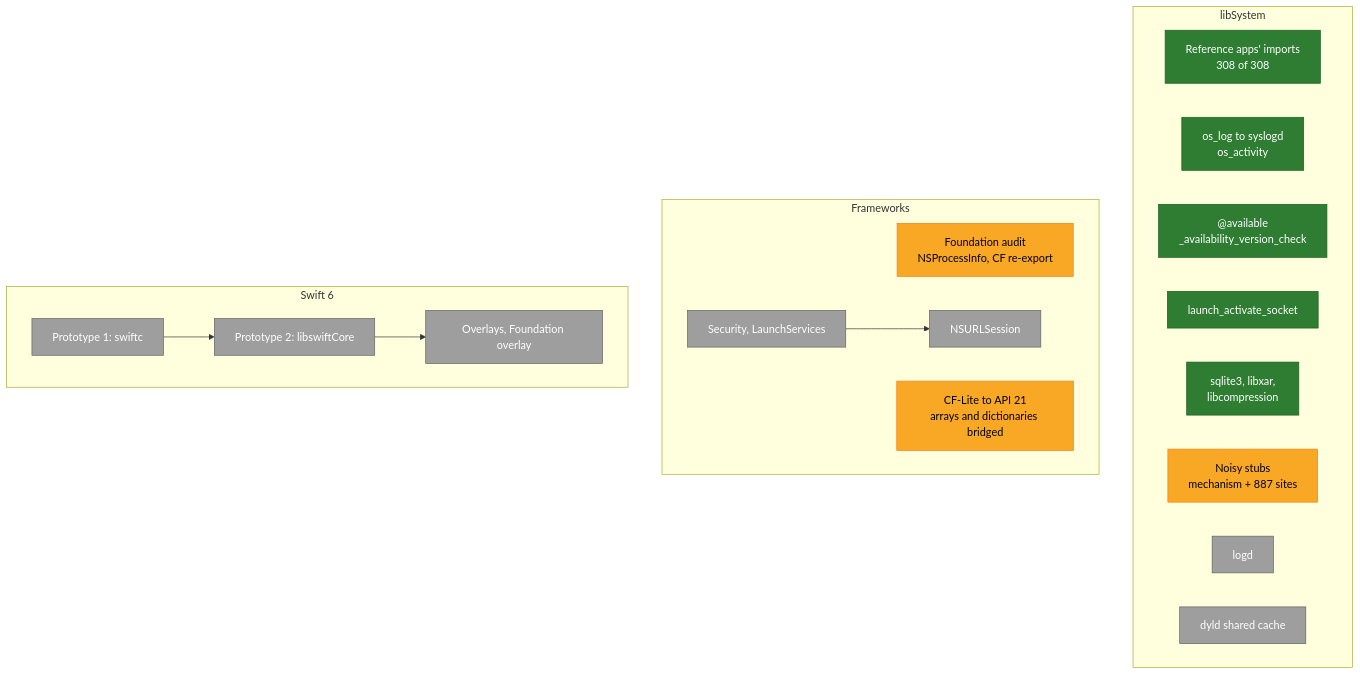
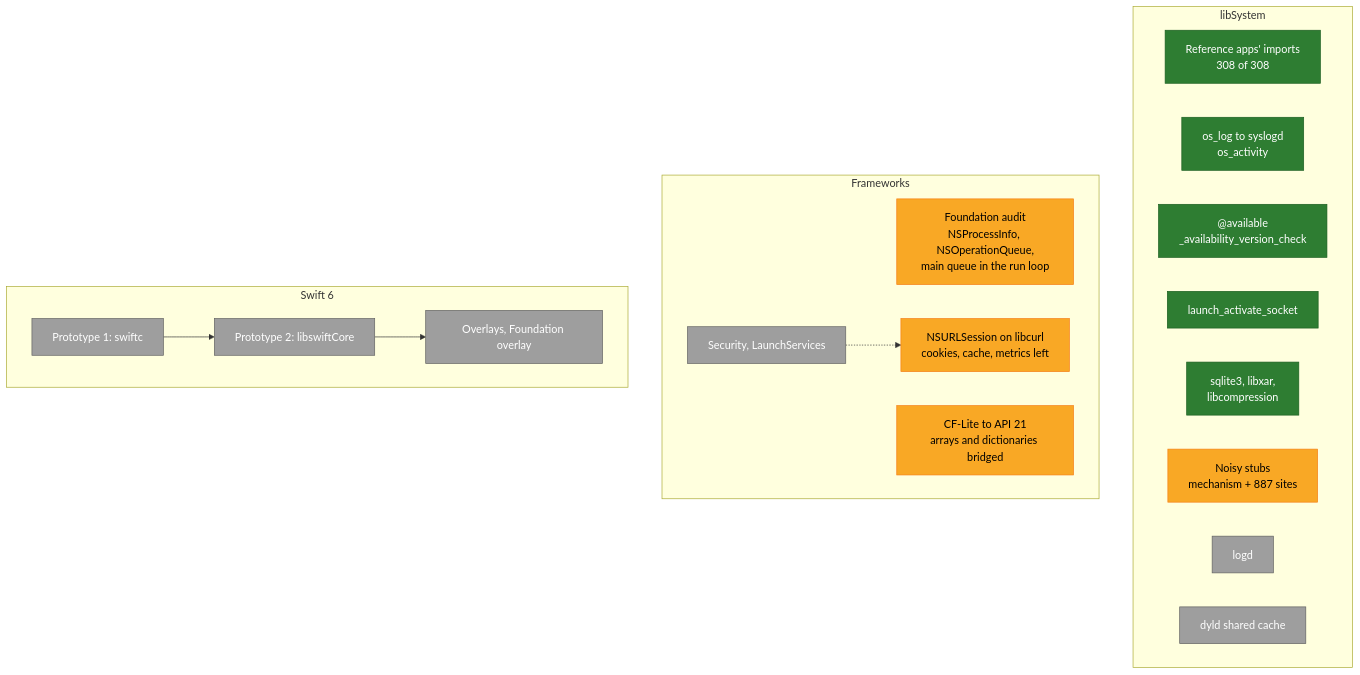
Before and after one commit to minkaros/minkar: the second of 4 diagrams in Docs/Progress.md, drawn with Mermaid. The commit also changed 3 other files, not shown here.

Commit message:
Docs: NSURLSession, NSOperationQueue and the main queue in Foundation

````diff
--- a/Docs/Progress.md
+++ b/Docs/Progress.md
@@ -37,30 +37,30 @@
 ```mermaid
 flowchart TB
     subgraph LS["libSystem"]
         L1["Reference apps' imports<br/>308 of 308"]:::done
         L2["os_log to syslogd<br/>os_activity"]:::done
         L3["@available<br/>_availability_version_check"]:::done
         L4["launch_activate_socket"]:::done
         L8["sqlite3, libxar,<br/>libcompression"]:::done
         L5["Noisy stubs<br/>mechanism + 887 sites"]:::partial
         L6["logd"]:::todo
         L7["dyld shared cache"]:::todo
     end
     subgraph FW["Frameworks"]
-        F1["Foundation audit<br/>NSProcessInfo, CF re-export"]:::partial
-        F2["NSURLSession"]:::todo
+        F1["Foundation audit<br/>NSProcessInfo, NSOperationQueue,<br/>main queue in the run loop"]:::partial
+        F2["NSURLSession on libcurl<br/>cookies, cache, metrics left"]:::partial
         F3["CF-Lite to API 21<br/>arrays and dictionaries bridged"]:::partial
         F4["Security, LaunchServices"]:::todo
     end
     subgraph SW["Swift 6"]
         S1["Prototype 1: swiftc"]:::todo
         S2["Prototype 2: libswiftCore"]:::todo
         S3["Overlays, Foundation overlay"]:::todo
     end
     S1 --> S2 --> S3
-    F4 --> F2
+    F4 -.-> F2
 
     classDef done fill:#2e7d32,stroke:#1b5e20,color:#fff
     classDef partial fill:#f9a825,stroke:#f57f17,color:#000
     classDef todo fill:#9e9e9e,stroke:#616161,color:#fff
 ```
````
